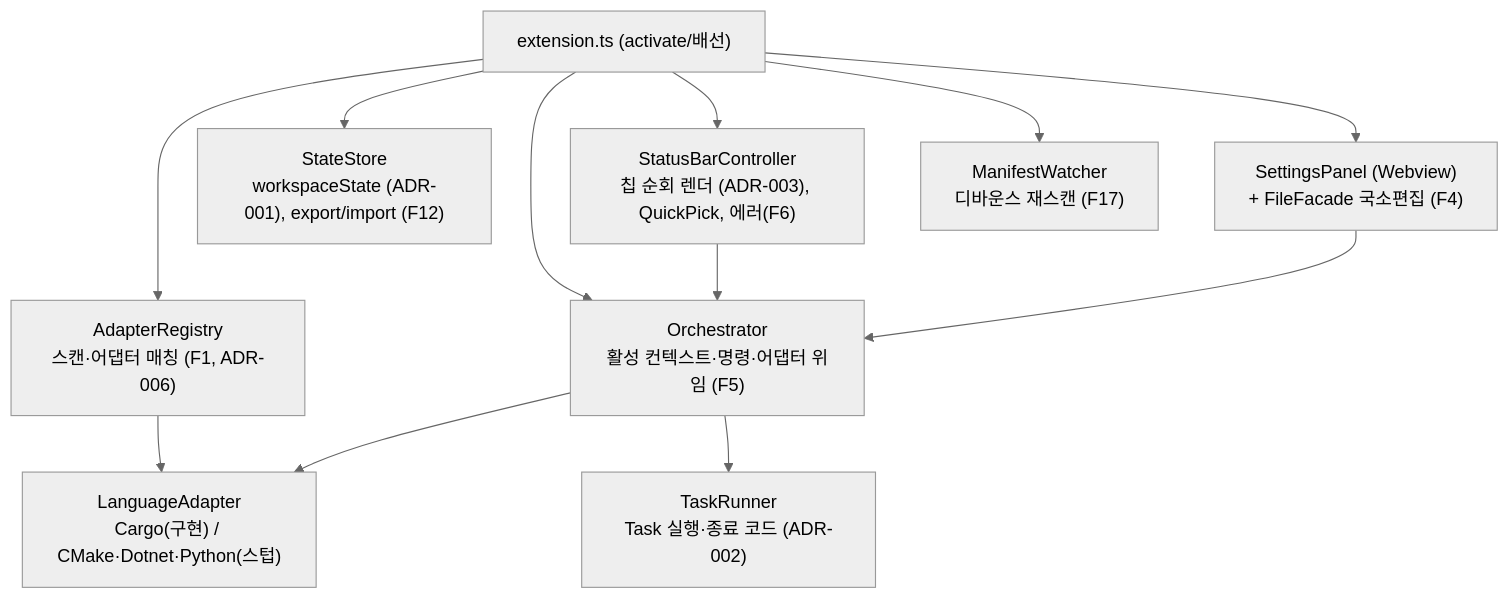
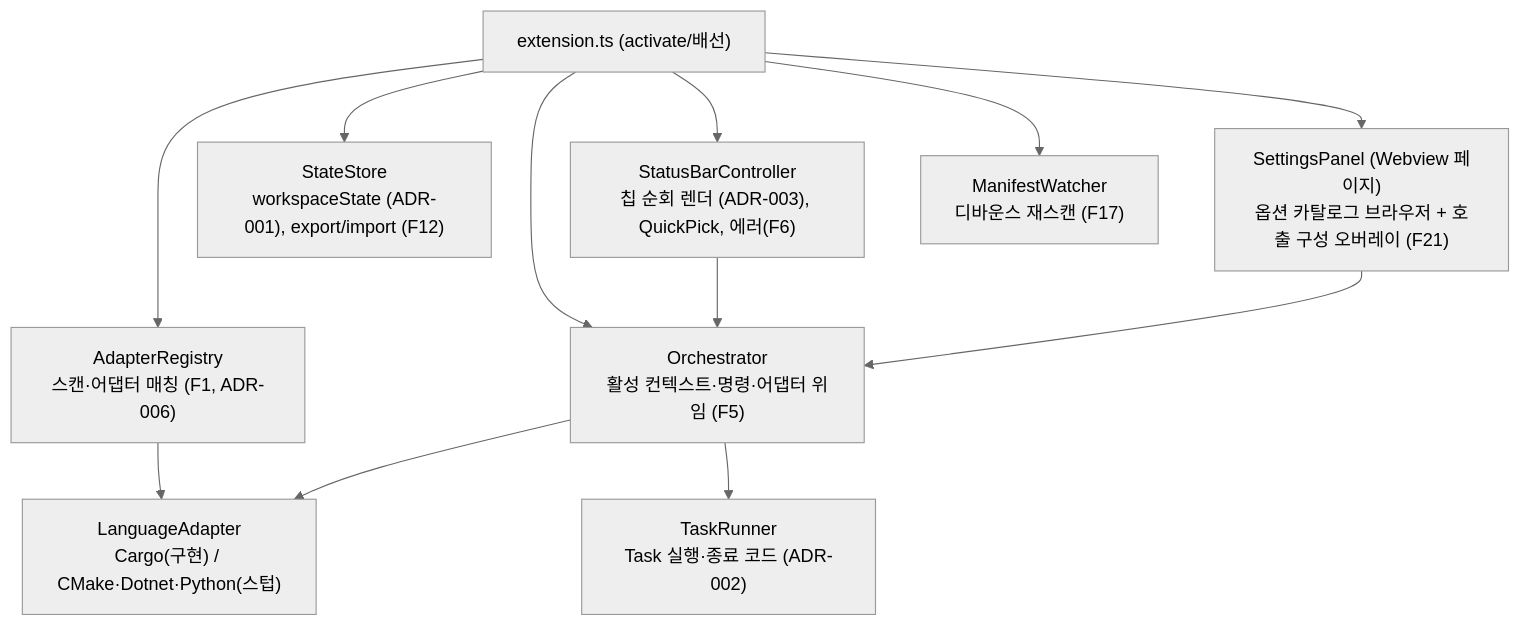
Before and after one commit to lim8603/dot-tools: the diagram in .cowork/03_design_artifacts/domain_model.md, drawn with Mermaid (neutral theme). The commit also changed other lines of this file and 14 other files, not shown here.

````diff
--- a/.cowork/03_design_artifacts/domain_model.md
+++ b/.cowork/03_design_artifacts/domain_model.md
@@ -33,19 +33,19 @@
 ```mermaid
 flowchart TD
     EXT["extension.ts (activate/배선)"]
     REG["AdapterRegistry<br/>스캔·어댑터 매칭 (F1, ADR-006)"]
     STORE["StateStore<br/>workspaceState (ADR-001), export/import (F12)"]
     ORCH["Orchestrator<br/>활성 컨텍스트·명령·어댑터 위임 (F5)"]
     TASK["TaskRunner<br/>Task 실행·종료 코드 (ADR-002)"]
     SB["StatusBarController<br/>칩 순회 렌더 (ADR-003), QuickPick, 에러(F6)"]
     WATCH["ManifestWatcher<br/>디바운스 재스캔 (F17)"]
-    PANEL["SettingsPanel (Webview)<br/>+ FileFacade 국소편집 (F4)"]
+    PANEL["SettingsPanel (Webview 페이지)<br/>옵션 카탈로그 브라우저 + 호출 구성 오버레이 (F21)"]
     AD["LanguageAdapter<br/>Cargo(구현) / CMake·Dotnet·Python(스텁)"]
 
     EXT --> REG & STORE & ORCH & SB & WATCH & PANEL
     SB --> ORCH
     PANEL --> ORCH
     ORCH --> AD
     ORCH --> TASK
     REG --> AD
 ```
````
